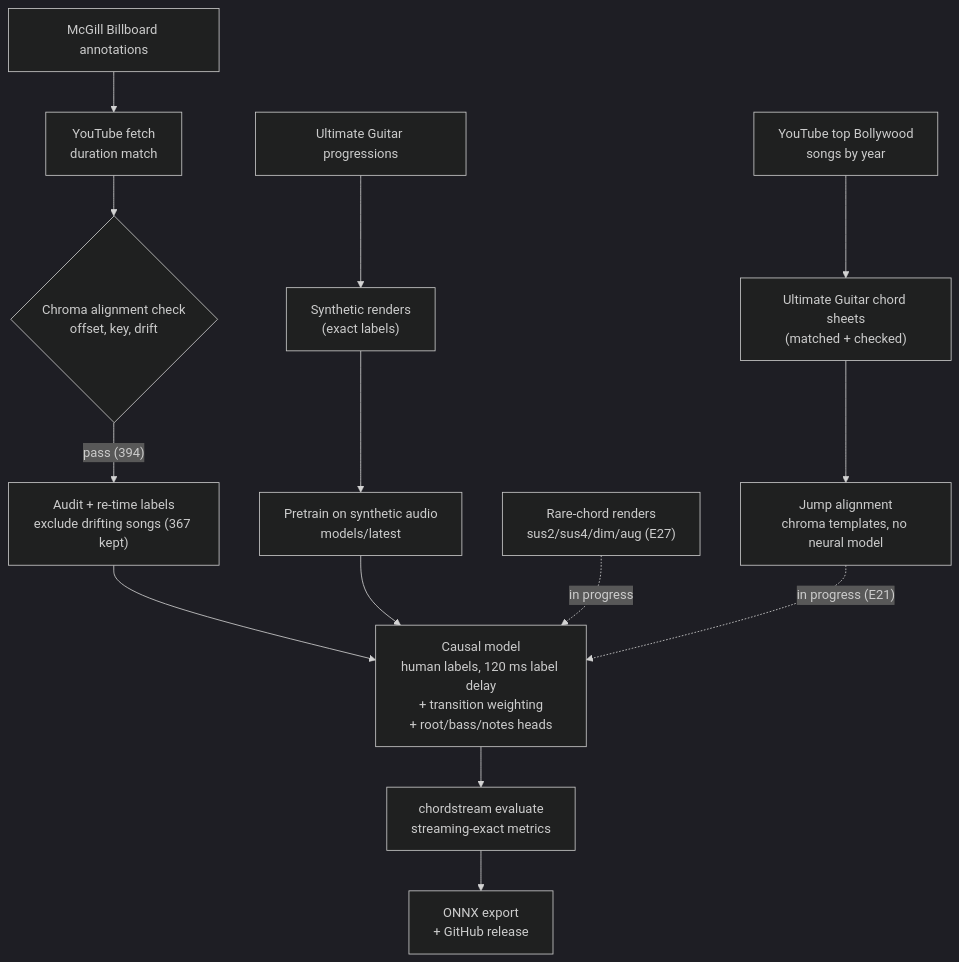
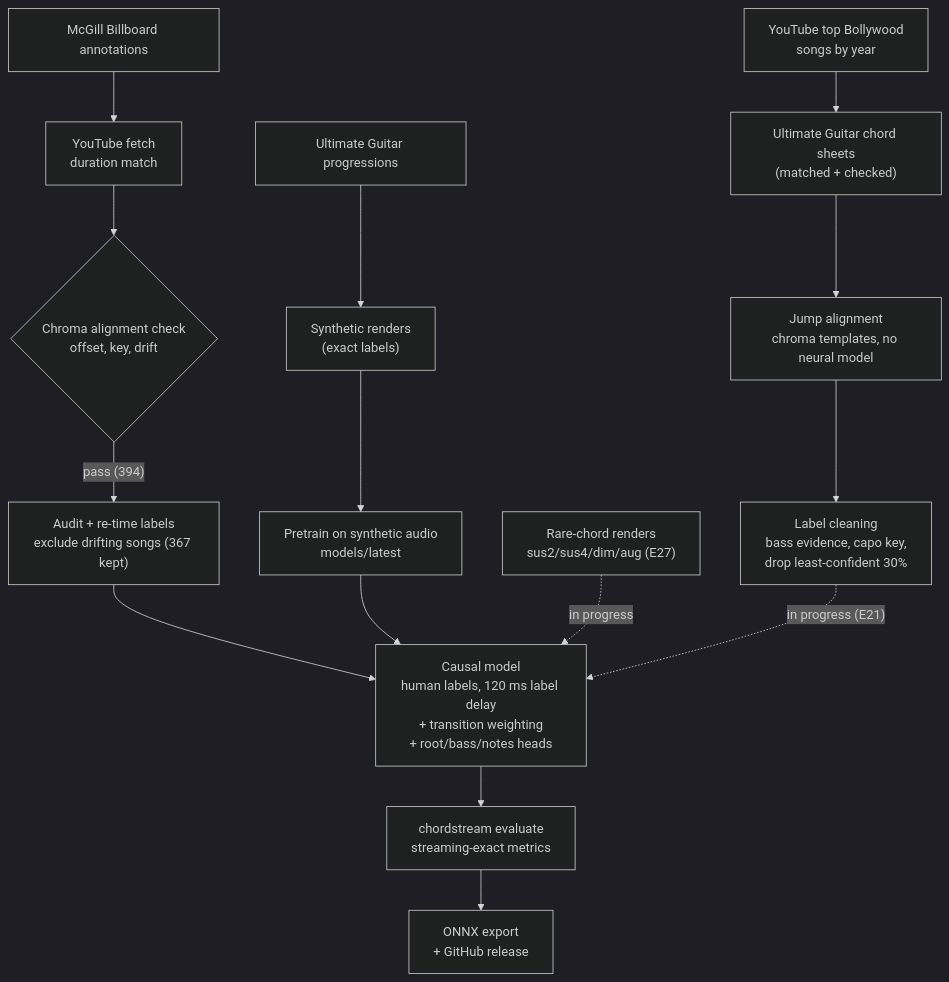
Before and after one commit to helloparthshah/chordstream: the fourth of 4 diagrams in README.md, drawn with Mermaid (dark theme). The commit also changed other lines of this file and 8 other files, not shown here.

Commit message:
E21 label cleaning: bass-aware alignment + capo key + confidence mask (Billboard check 77.6 -> 82.1% full on kept frames); v2 Bollywood benchmark; E21e/f running

````diff
--- a/README.md
+++ b/README.md
@@ -81,16 +81,17 @@
 ```mermaid
 flowchart TB
     UG["Ultimate Guitar progressions"] --> SYN["Synthetic renders<br/>(exact labels)"]
     SYN --> PRE["Pretrain on synthetic audio<br/>models/latest"]
     BB["McGill Billboard annotations"] --> FETCH["YouTube fetch<br/>duration match"]
     FETCH --> ALIGN{"Chroma alignment check<br/>offset, key, drift"}
     ALIGN -- "pass (394)" --> AUD["Audit + re-time labels<br/>exclude drifting songs (367 kept)"]
     AUD --> STU["Causal model<br/>human labels, 120 ms label delay<br/>+ transition weighting<br/>+ root/bass/notes heads"]
     PRE --> STU
     RARE["Rare-chord renders<br/>sus2/sus4/dim/aug (E27)"] -. in progress .-> STU
     YT["YouTube top Bollywood<br/>songs by year"] --> SHEETS["Ultimate Guitar chord sheets<br/>(matched + checked)"]
     SHEETS --> JA["Jump alignment<br/>chroma templates, no neural model"]
-    JA -. "in progress (E21)" .-> STU
+    JA --> CLEAN["Label cleaning<br/>bass evidence, capo key,<br/>drop least-confident 30%"]
+    CLEAN -. "in progress (E21)" .-> STU
     STU --> EVAL["chordstream evaluate<br/>streaming-exact metrics"]
     EVAL --> EXP["ONNX export<br/>+ GitHub release"]
 ```
````
